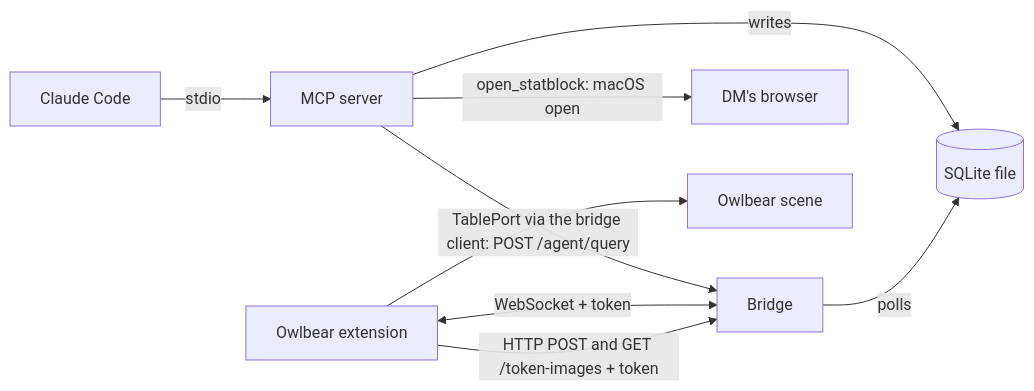
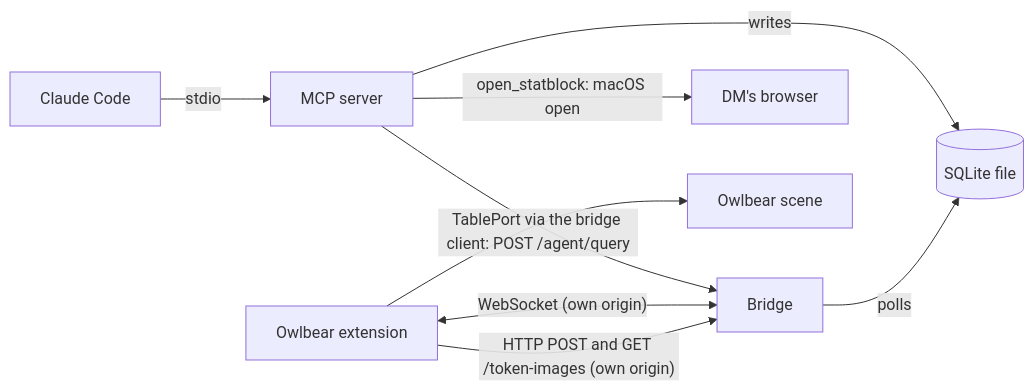
One commit to askrzypczak/ttrpg-agents changed the second of 2 diagrams in docs/architecture.md. Above: the diagram before and after it, drawn with Mermaid. The commit also changed other lines of this file and 164 other files, not shown here.

````diff
--- a/docs/architecture.md
+++ b/docs/architecture.md
@@ -46,11 +46,11 @@
 ```mermaid
 flowchart LR
   claude["Claude Code"] -->|"stdio"| mcp["MCP server"]
   mcp -->|"writes"| db[("SQLite file")]
   mcp -->|"TablePort via the bridge client: POST /agent/query"| bridge
   mcp -->|"open_statblock: macOS open"| browser["DM's browser"]
   bridge["Bridge"] -->|"polls"| db
-  ext["Owlbear extension"] <-->|"WebSocket + token"| bridge
-  ext -->|"HTTP POST and GET /token-images + token"| bridge
+  ext["Owlbear extension"] <-->|"WebSocket (own origin)"| bridge
+  ext -->|"HTTP POST and GET /token-images (own origin)"| bridge
   ext --> scene["Owlbear scene"]
 ```
````
